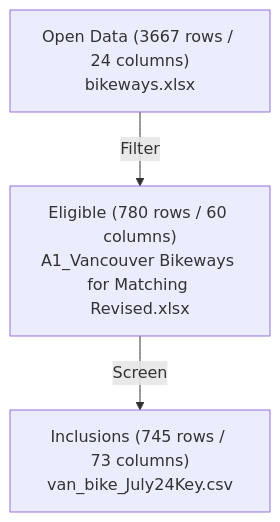
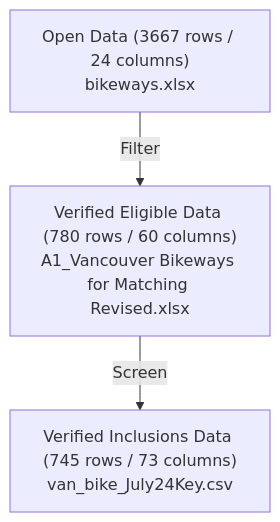
One commit to rrwen/recovr-infracycle changed the diagram in data/raw/vancouver/README.md. Above: the diagram before and after it, drawn with Mermaid. The commit also changed other lines of this file and 2 other files, not shown here.

Commit message:
Use folder struct for raw data

````diff
--- a/data/raw/vancouver/README.md
+++ b/data/raw/vancouver/README.md
@@ -16,9 +25,9 @@
 ```mermaid
 graph TD
 
 city["Open Data (3667 rows / 24 columns)<br>bikeways.xlsx"]
-entry["Eligible (780 rows / 60 columns)<br>A1_Vancouver Bikeways for Matching Revised.xlsx"]
-processed["Inclusions (745 rows / 73 columns)<br>van_bike_July24Key.csv"]
+entry["Verified Eligible Data (780 rows / 60 columns)<br>A1_Vancouver Bikeways for Matching Revised.xlsx"]
+processed["Verified Inclusions Data (745 rows / 73 columns)<br>van_bike_July24Key.csv"]
 
 city --> |Filter| entry --> |Screen| processed
 ```
````
